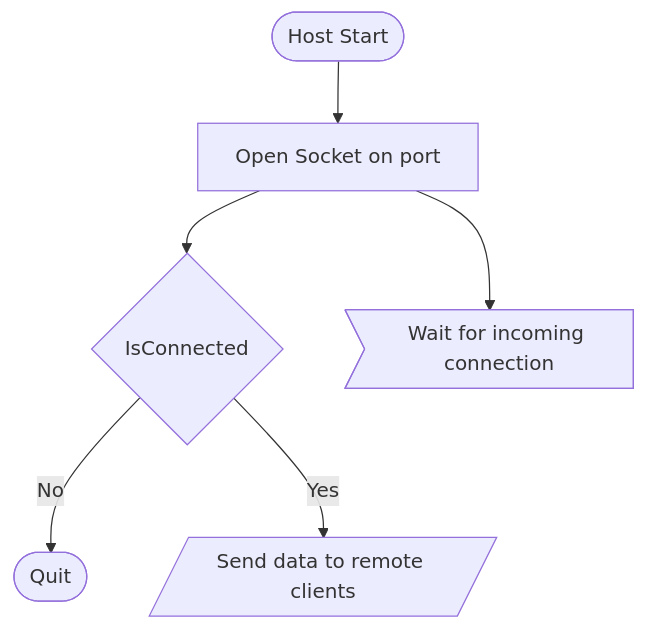
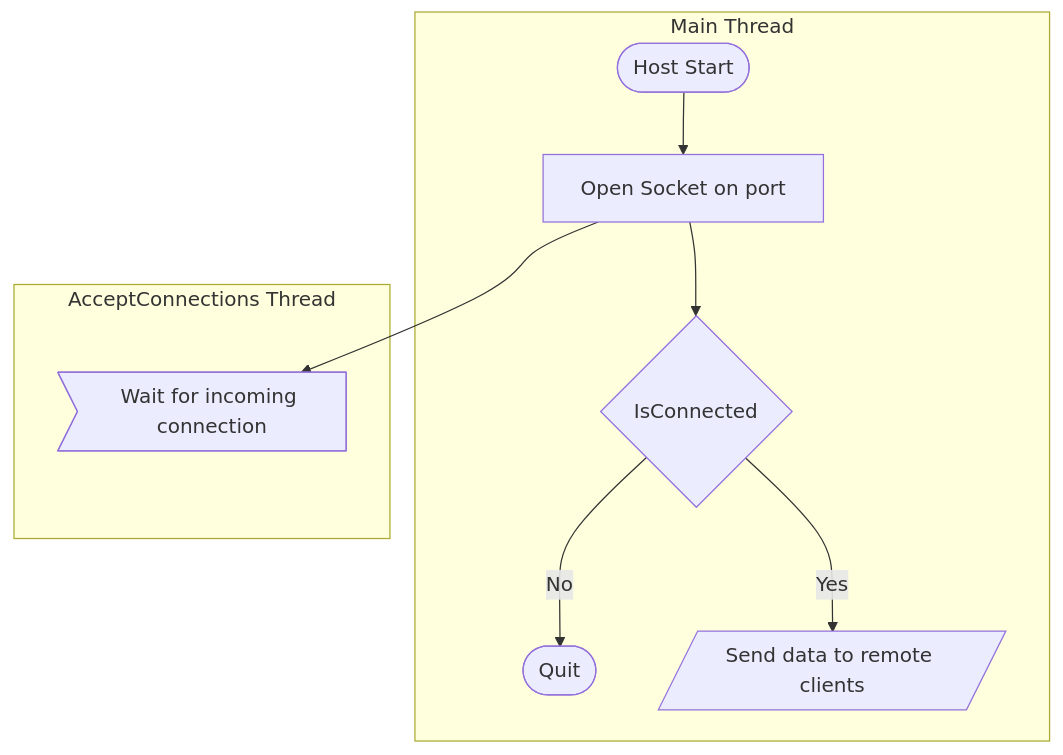
One commit to GMcMichael/ThornNetworking changed the diagram in README.md. Above: the diagram before and after it, drawn with Mermaid.

````diff
--- a/README.md
+++ b/README.md
@@ -1,9 +1,12 @@
 ```mermaid
-graph TD
-  A([Host Start]) --> B[Open Socket on port]
-  B-->C{IsConnected}
-  C-- No -->D([Quit])
-  C-- Yes -->E[/Send data to remote clients/]
-
-  B-->F>Wait for incoming connection]
+flowchart TD
+  subgraph mt [Main Thread]
+    A([Host Start]) --> B[Open Socket on port]
+    B-->C{IsConnected}
+    C-- No -->D([Quit])
+    C-- Yes -->E[/Send data to remote clients/]
+  end
+  subgraph act [AcceptConnections Thread]
+    B-->F>Wait for incoming connection]
+  end
 ```
````
